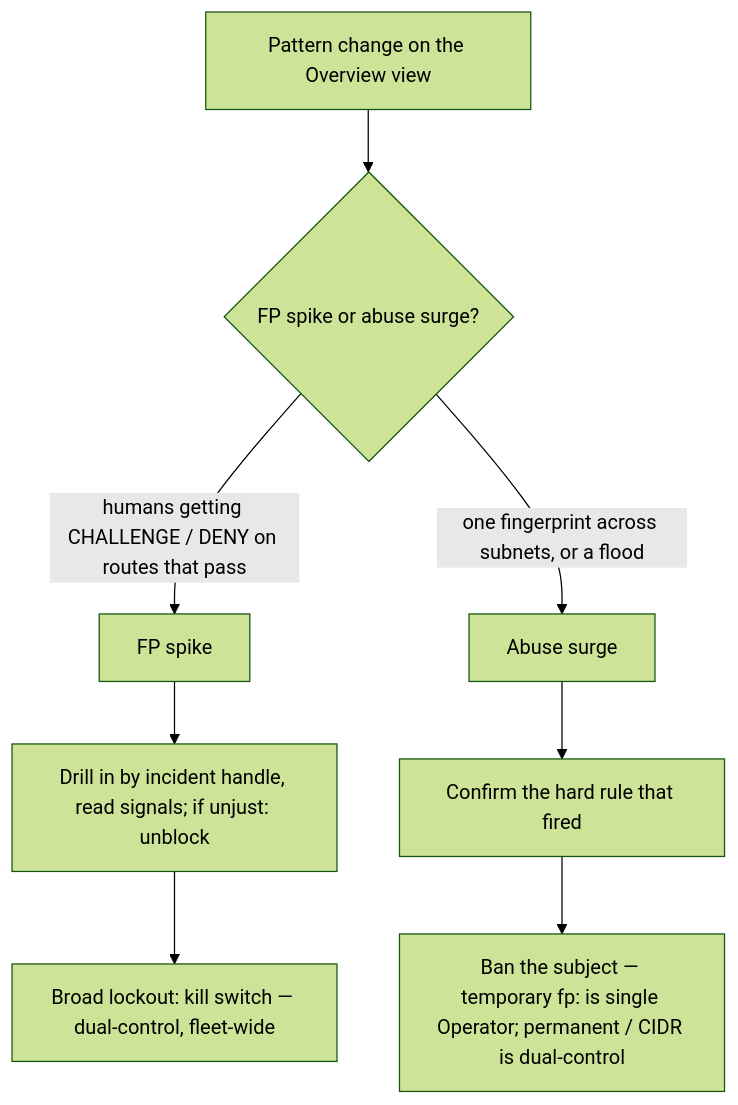
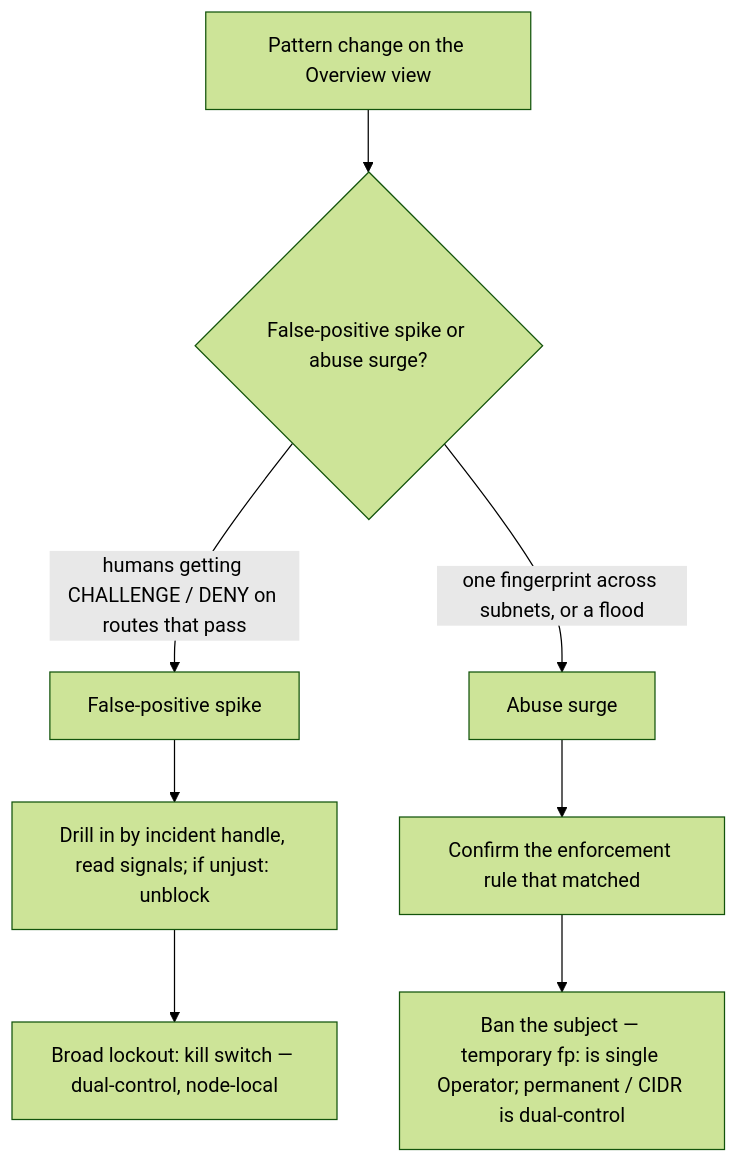
One commit to modootoday/humanymous changed the diagram in docs/start-here/operator.md. Above: the diagram before and after it, drawn with Mermaid (forest theme). The commit also changed other lines of this file and 62 other files, not shown here.

````diff
--- a/docs/start-here/operator.md
+++ b/docs/start-here/operator.md
@@ -19,10 +19,10 @@
 ```mermaid
 flowchart TD
-  O["Pattern change on the Overview view"] --> Q{"FP spike or abuse surge?"}
-  Q -->|"humans getting CHALLENGE / DENY on routes that pass"| FP["FP spike"]
+  O["Pattern change on the Overview view"] --> Q{"False-positive spike or abuse surge?"}
+  Q -->|"humans getting CHALLENGE / DENY on routes that pass"| Wrong["False-positive spike"]
   Q -->|"one fingerprint across subnets, or a flood"| AB["Abuse surge"]
-  FP --> U["Drill in by incident handle, read signals; if unjust: unblock"]
-  U --> KS["Broad lockout: kill switch — dual-control, fleet-wide"]
-  AB --> C["Confirm the hard rule that fired"]
+  Wrong --> U["Drill in by incident handle, read signals; if unjust: unblock"]
+  U --> KS["Broad lockout: kill switch — dual-control, node-local"]
+  AB --> C["Confirm the enforcement rule that matched"]
   C --> BAN["Ban the subject — temporary fp: is single Operator; permanent / CIDR is dual-control"]
 ```
````
